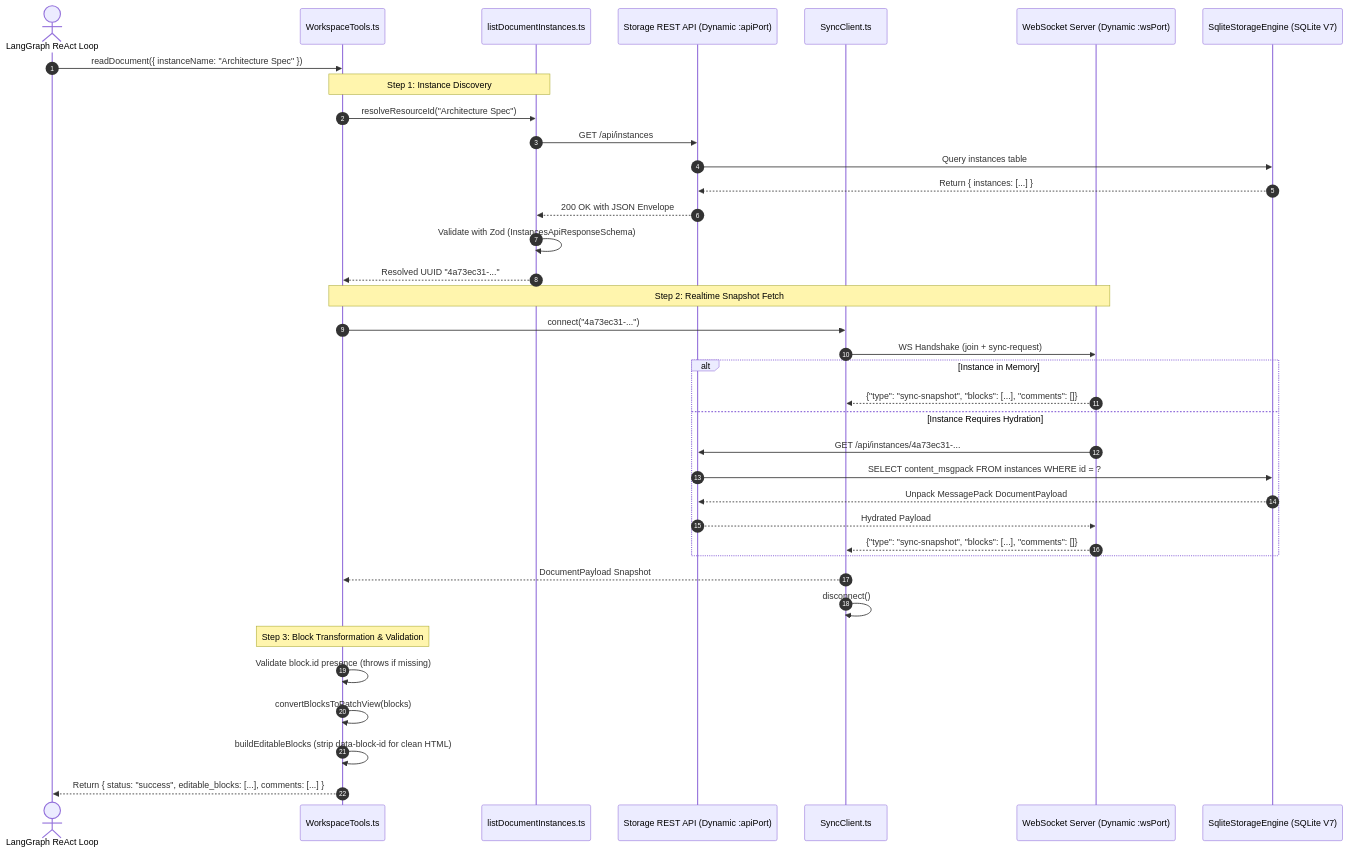
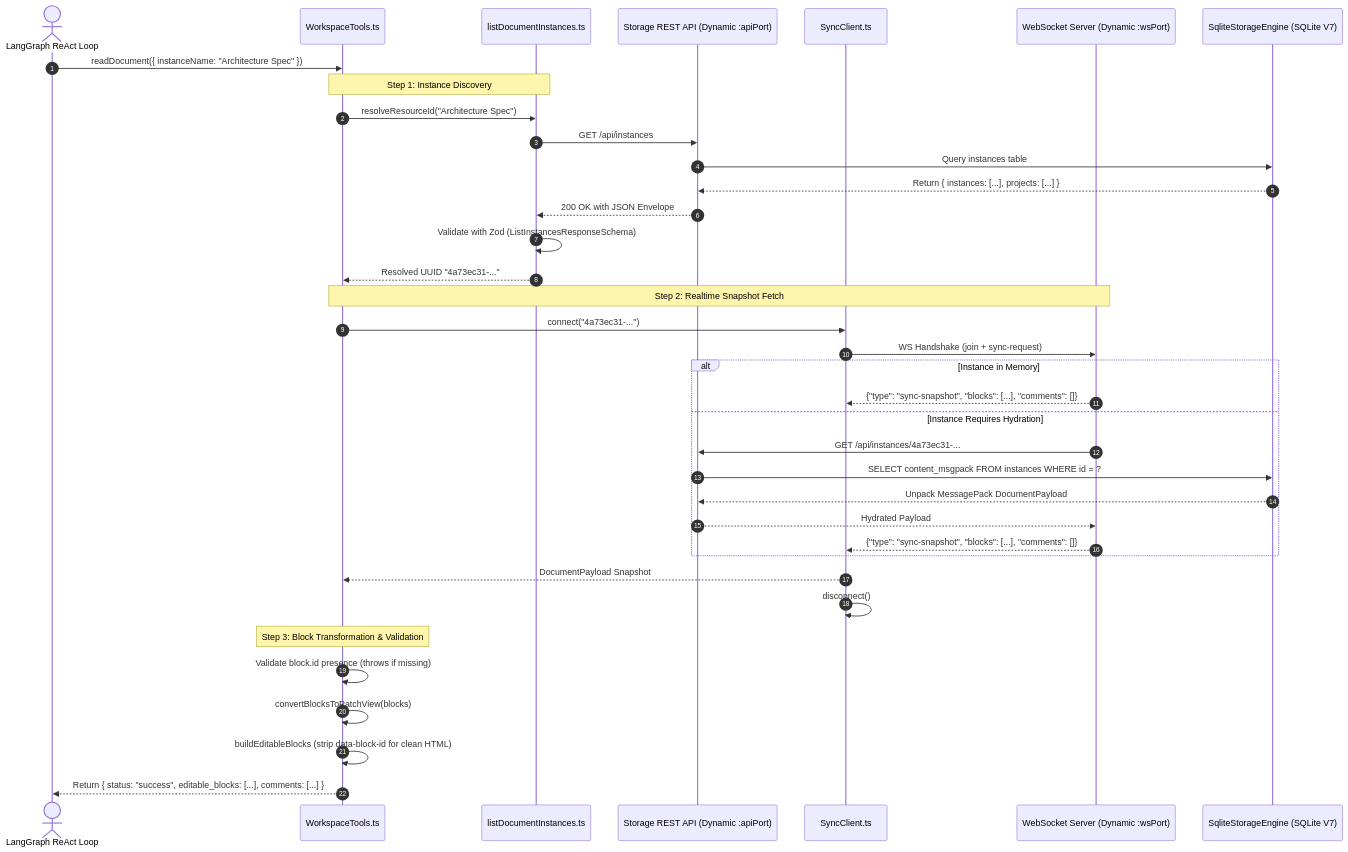
One commit to Goldwaterfung/Collaragent changed the second of 4 diagrams in docs/design-catalog/core-engine-wiring.md. Above: the diagram before and after it, drawn with Mermaid. The commit also changed other lines of this file and 42 other files, not shown here.

````diff
--- a/docs/design-catalog/core-engine-wiring.md
+++ b/docs/design-catalog/core-engine-wiring.md
@@ -111,46 +111,46 @@
 ```mermaid
 sequenceDiagram
     autonumber
     actor LLM as LangGraph ReAct Loop
     participant Tools as WorkspaceTools.ts
     participant wstools as listDocumentInstances.ts
     participant REST as Storage REST API (Dynamic :apiPort)
     participant SyncClient as SyncClient.ts
     participant WSServer as WebSocket Server (Dynamic :wsPort)
     participant Storage as SqliteStorageEngine (SQLite V7)
 
     LLM->>Tools: readDocument({ instanceName: "Architecture Spec" })
 
     Note over Tools,wstools: Step 1: Instance Discovery
     Tools->>wstools: resolveResourceId("Architecture Spec")
     wstools->>REST: GET /api/instances
     REST->>Storage: Query instances table
-    Storage-->>REST: Return { instances: [...] }
+    Storage-->>REST: Return { instances: [...], projects: [...] }
     REST-->>wstools: 200 OK with JSON Envelope
-    wstools->>wstools: Validate with Zod (InstancesApiResponseSchema)
+    wstools->>wstools: Validate with Zod (ListInstancesResponseSchema)
     wstools-->>Tools: Resolved UUID "4a73ec31-..."
 
     Note over Tools,WSServer: Step 2: Realtime Snapshot Fetch
     Tools->>SyncClient: connect("4a73ec31-...")
     SyncClient->>WSServer: WS Handshake (join + sync-request)
 
     alt Instance in Memory
         WSServer-->>SyncClient: {"type": "sync-snapshot", "blocks": [...], "comments": []}
     else Instance Requires Hydration
         WSServer->>REST: GET /api/instances/4a73ec31-...
         REST->>Storage: SELECT content_msgpack FROM instances WHERE id = ?
         Storage-->>REST: Unpack MessagePack DocumentPayload
         REST-->>WSServer: Hydrated Payload
         WSServer-->>SyncClient: {"type": "sync-snapshot", "blocks": [...], "comments": []}
     end
 
     SyncClient-->>Tools: DocumentPayload Snapshot
     SyncClient->>SyncClient: disconnect()
 
     Note over Tools: Step 3: Block Transformation & Validation
     Tools->>Tools: Validate block.id presence (throws if missing)
     Tools->>Tools: convertBlocksToPatchView(blocks)
     Tools->>Tools: buildEditableBlocks (strip data-block-id for clean HTML)
 
     Tools-->>LLM: Return { status: "success", editable_blocks: [...], comments: [...] }
 ```
````
